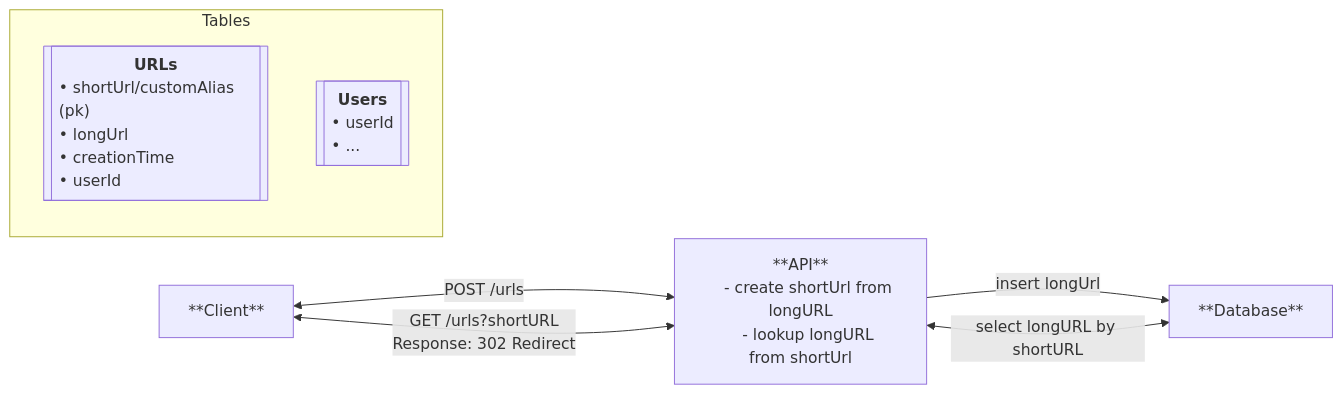
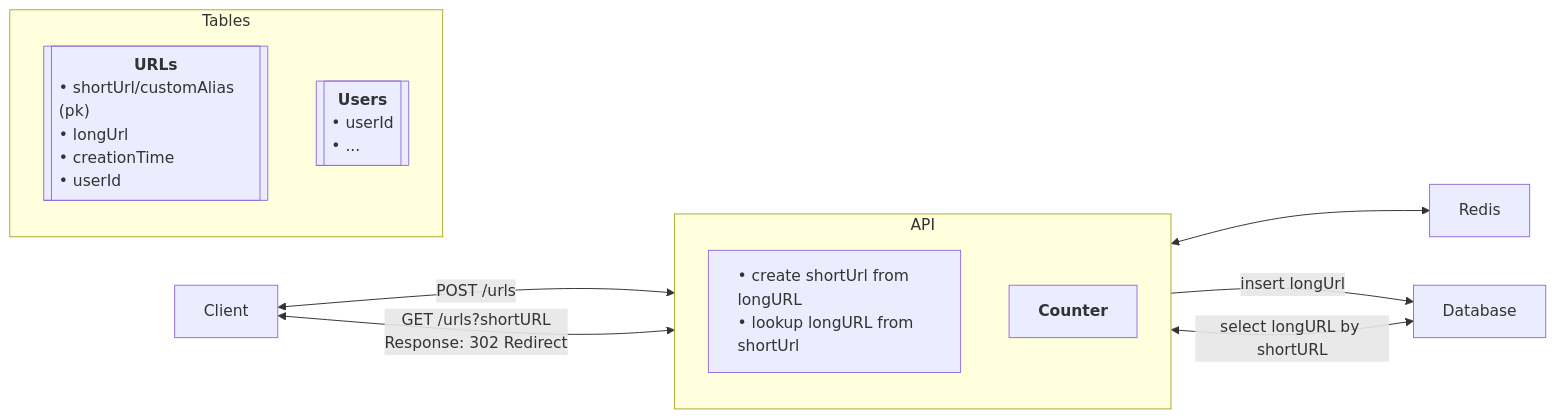
One commit to zkrakus/url-shortner changed the diagram in SYSTEM_DESIGN.md. Above: the diagram before and after it, drawn with Mermaid. The commit also changed other lines of this file, not shown here.

Commit message:
docs:Added some info on reducing latency. Began working on scalability.

````diff
--- a/SYSTEM_DESIGN.md
+++ b/SYSTEM_DESIGN.md
@@ -64,24 +64,28 @@
 ```mermaid
 flowchart LR
-  client[**Client**]
-  
-  api[
-    **API**
-    - create shortUrl from longURL
-    - lookup longURL from shortUrl
-    ]
+  client[Client]
+
+  subgraph api["API"]
+    direction TB
+      api_ops["<div style='text-align:left'>• create shortUrl from longURL<br/>• lookup longURL from shortUrl</div>"]
+      counter["<b>Counter</b>"]
+  end
 
   client <--> |POST /urls| api
   client <--> |GET /urls?shortURL <br/> Response: 302 Redirect| api
 
-  db[**Database**]
+  cache[Redis]
+
+  api <--> cache
+
+  db[Database]
 
   api --> |insert longUrl| db
   api <--> |select longURL by shortURL| db
 
   subgraph Tables
     urls[["<b>URLs</b><br/><div style='text-align:left'>• shortUrl/customAlias (pk)<br/>• longUrl<br/>• creationTime<br/>• userId</div>"]]
     users[["<b>Users</b><br/><div style='text-align:left'>• userId<br/>• ...</div>"]]
   end
 
 ```
````
